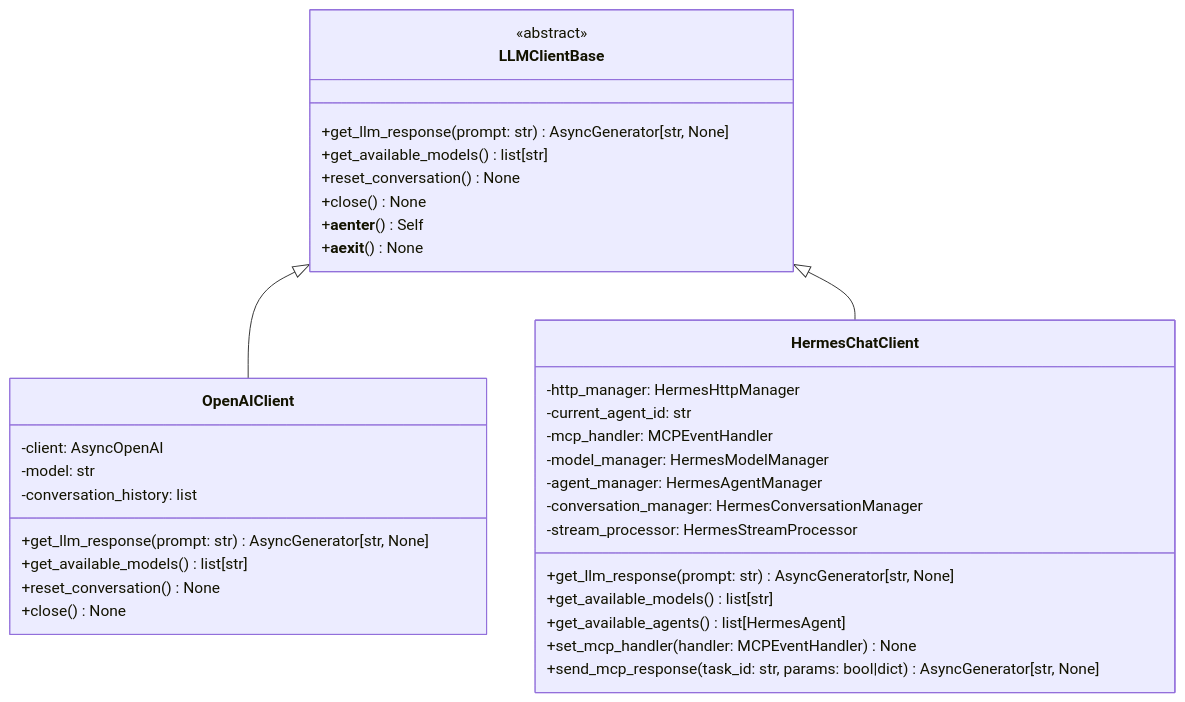
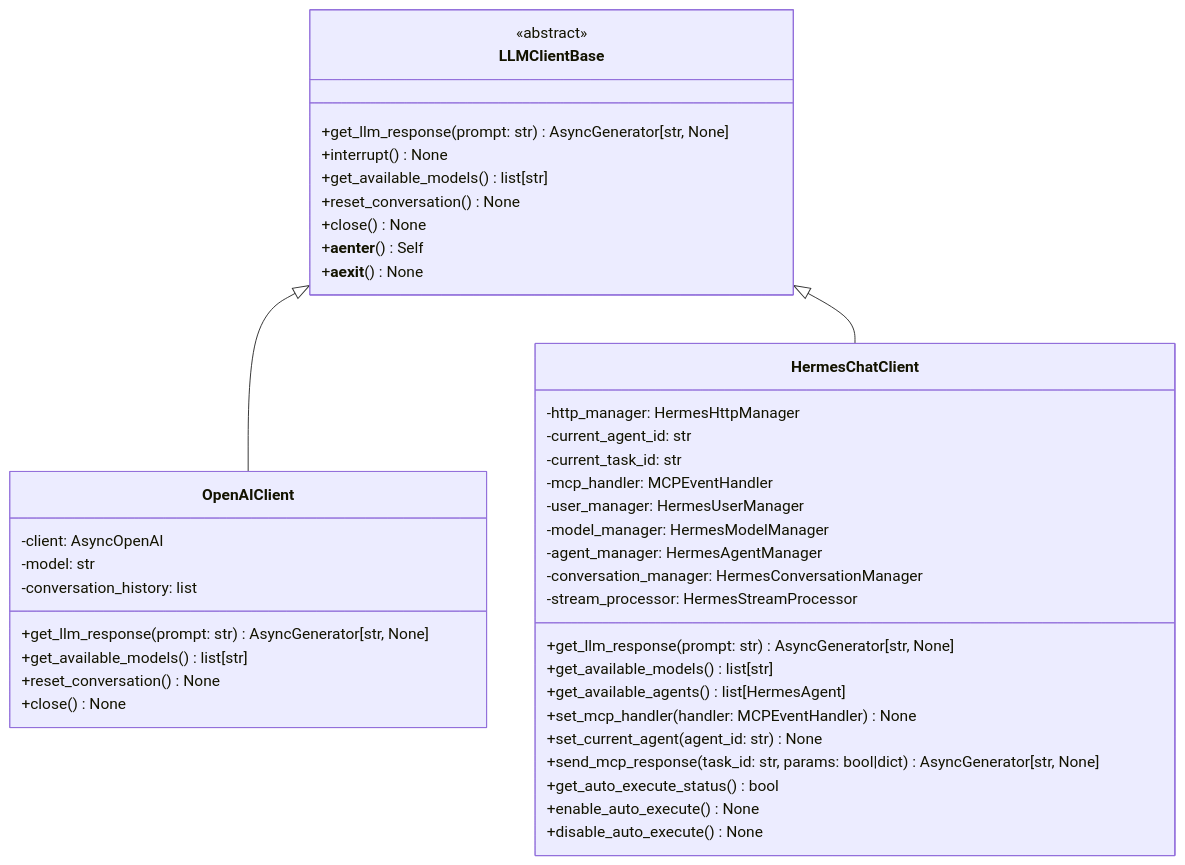
Before and after one commit to HongyuS/euler-copilot-shell: the second of 8 diagrams in docs/development/后端适配模块设计.md, drawn with Mermaid. The commit also changed other lines of this file and 3 other files, not shown here.

````diff
--- a/docs/development/后端适配模块设计.md
+++ b/docs/development/后端适配模块设计.md
@@ -76,40 +76,47 @@
 ```mermaid
 classDiagram
     class LLMClientBase {
         <<abstract>>
         +get_llm_response(prompt: str) AsyncGenerator[str, None]
+        +interrupt() None
         +get_available_models() list[str]
         +reset_conversation() None
         +close() None
         +__aenter__() Self
         +__aexit__() None
     }
     
     class OpenAIClient {
         -client: AsyncOpenAI
         -model: str
         -conversation_history: list
         +get_llm_response(prompt: str) AsyncGenerator[str, None]
         +get_available_models() list[str]
         +reset_conversation() None
         +close() None
     }
     
     class HermesChatClient {
         -http_manager: HermesHttpManager
         -current_agent_id: str
+        -current_task_id: str
         -mcp_handler: MCPEventHandler
+        -user_manager: HermesUserManager
         -model_manager: HermesModelManager
         -agent_manager: HermesAgentManager
         -conversation_manager: HermesConversationManager
         -stream_processor: HermesStreamProcessor
         +get_llm_response(prompt: str) AsyncGenerator[str, None]
         +get_available_models() list[str]
         +get_available_agents() list[HermesAgent]
         +set_mcp_handler(handler: MCPEventHandler) None
+        +set_current_agent(agent_id: str) None
         +send_mcp_response(task_id: str, params: bool|dict) AsyncGenerator[str, None]
+        +get_auto_execute_status() bool
+        +enable_auto_execute() None
+        +disable_auto_execute() None
     }
     
     LLMClientBase <|-- OpenAIClient
     LLMClientBase <|-- HermesChatClient
 ```
````
